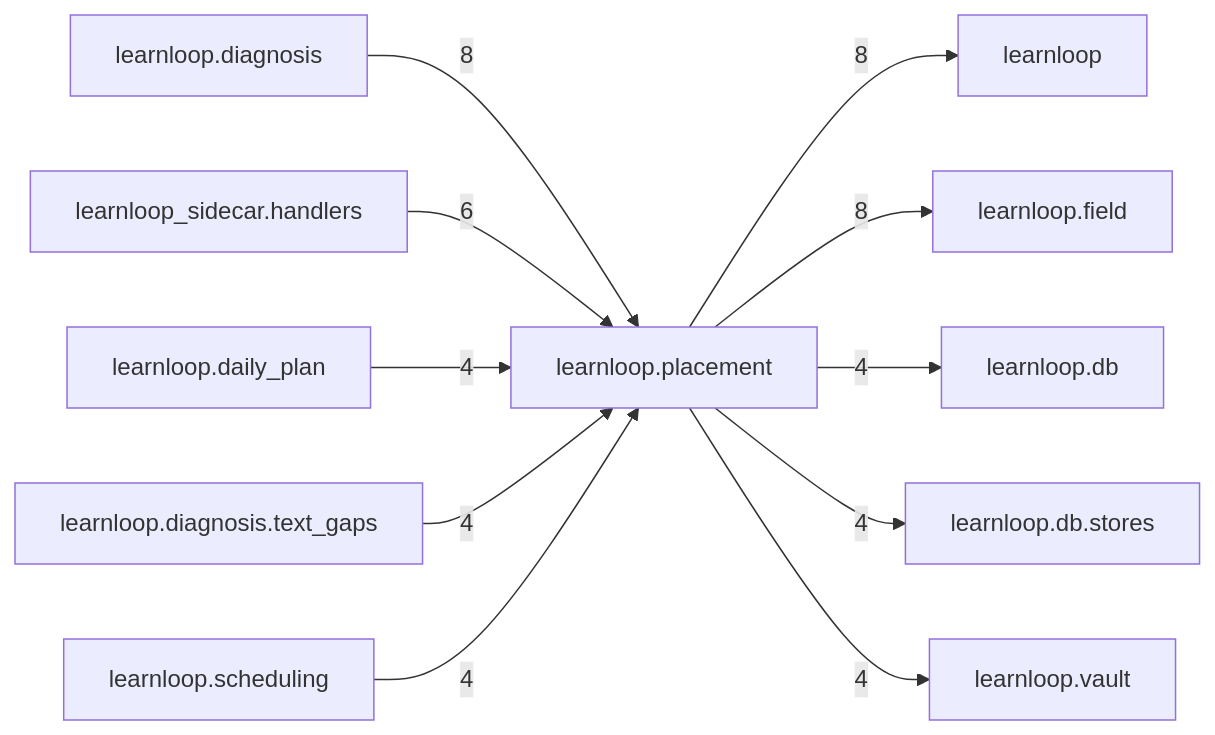
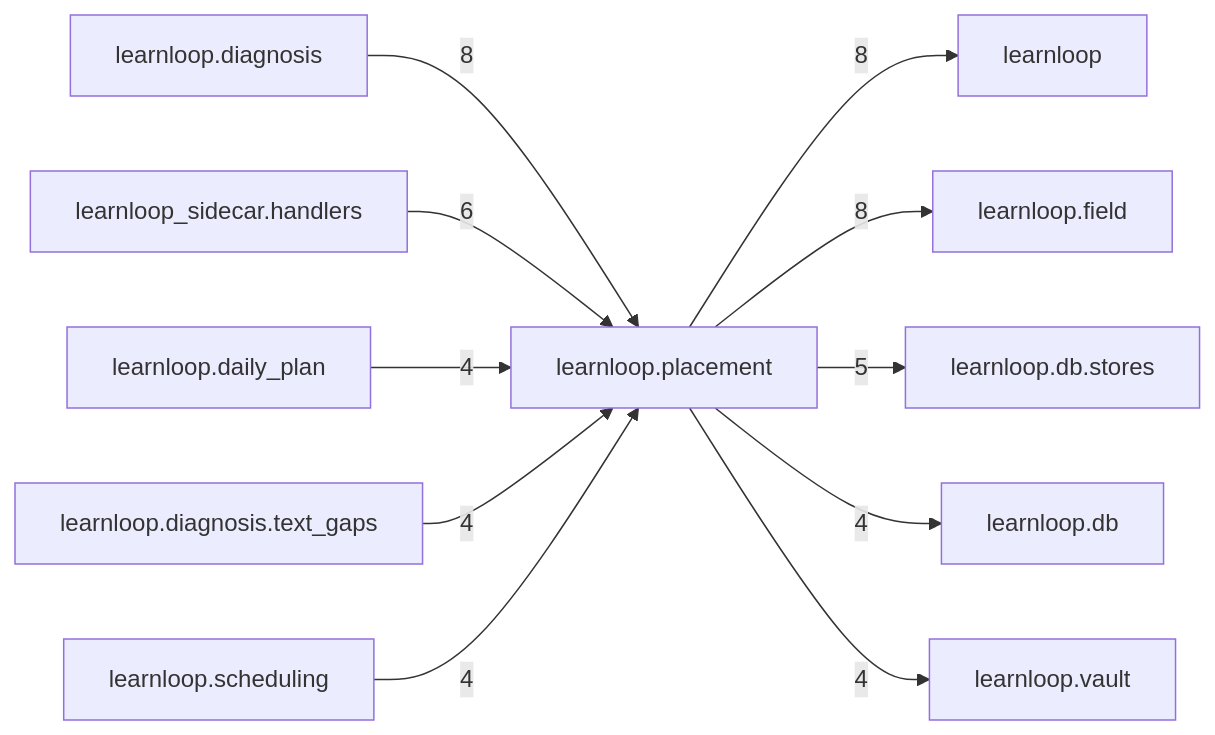
One commit to 6up-b/learnanything changed the diagram in docs/learnloop-architecture-vault/Reference/Modules/learnloop/placement/_package.md. Above: the diagram before and after it, drawn with Mermaid. The commit also changed other lines of this file and 258 other files, not shown here.

````diff
--- a/docs/learnloop-architecture-vault/Reference/Modules/learnloop/placement/_package.md
+++ b/docs/learnloop-architecture-vault/Reference/Modules/learnloop/placement/_package.md
@@ -99,24 +99,24 @@
 ```mermaid
 flowchart LR
     center["learnloop.placement"]
     n_learnloop["learnloop"]
     n_learnloop_diagnosis["learnloop.diagnosis"]
     n_learnloop_field["learnloop.field"]
     n_learnloop_sidecar_handlers["learnloop_sidecar.handlers"]
+    n_learnloop_db_stores["learnloop.db.stores"]
     n_learnloop_daily_plan["learnloop.daily_plan"]
     n_learnloop_db["learnloop.db"]
-    n_learnloop_db_stores["learnloop.db.stores"]
     n_learnloop_diagnosis_text_gaps["learnloop.diagnosis.text_gaps"]
     n_learnloop_scheduling["learnloop.scheduling"]
     n_learnloop_vault["learnloop.vault"]
     center -->|8| n_learnloop
     n_learnloop_diagnosis -->|8| center
     center -->|8| n_learnloop_field
     n_learnloop_sidecar_handlers -->|6| center
+    center -->|5| n_learnloop_db_stores
     n_learnloop_daily_plan -->|4| center
     center -->|4| n_learnloop_db
-    center -->|4| n_learnloop_db_stores
     n_learnloop_diagnosis_text_gaps -->|4| center
     n_learnloop_scheduling -->|4| center
     center -->|4| n_learnloop_vault
 ```
````
